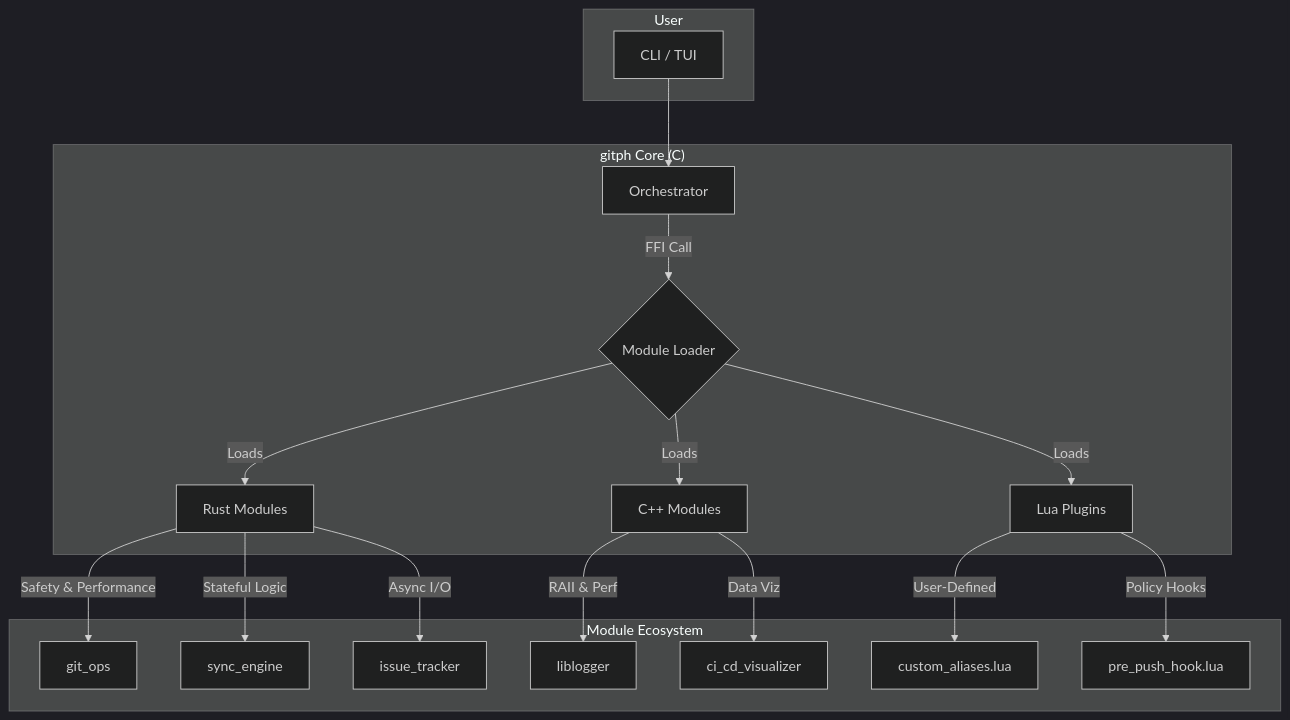
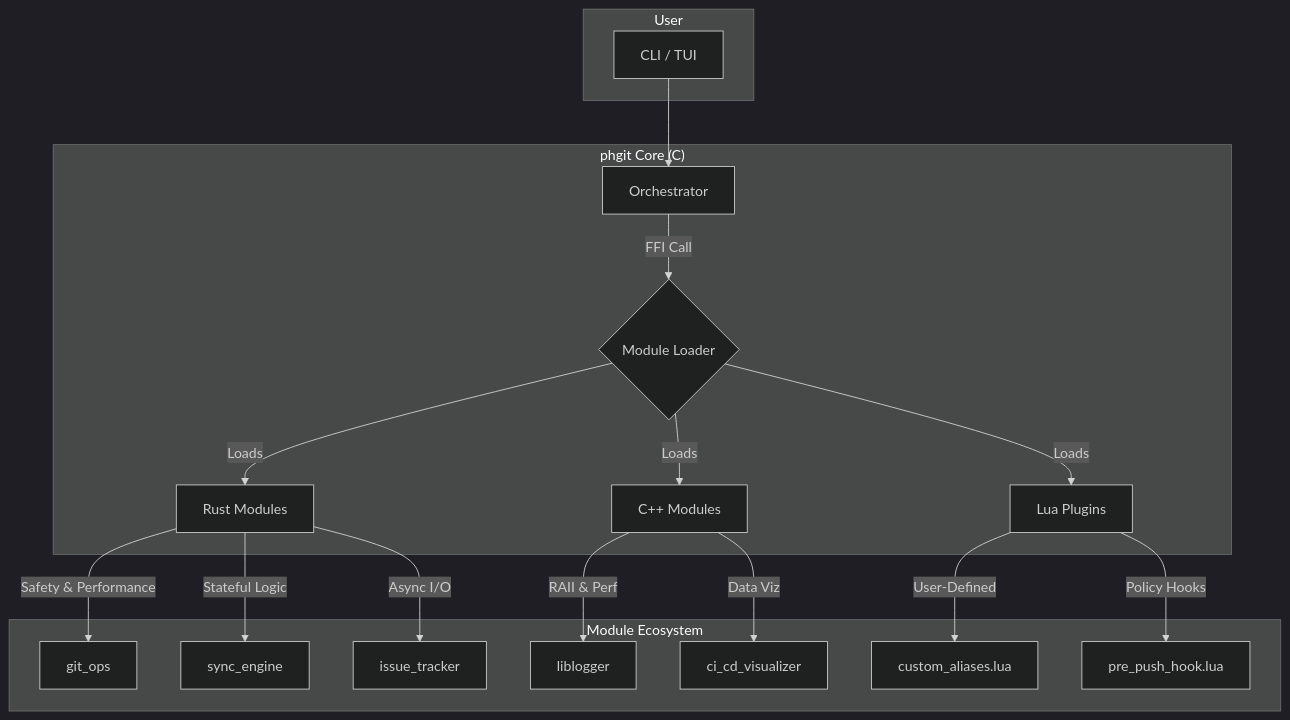
One commit to phkaiser13/PeitchGIT changed the diagram in README.md. Above: the diagram before and after it, drawn with Mermaid (dark theme). The commit also changed other lines of this file and 62 other files, not shown here.

````diff
--- a/README.md
+++ b/README.md
@@ -69,26 +69,26 @@
 ```mermaid
 graph TD
     subgraph User
         A[CLI / TUI]
     end
 
-    subgraph "gitph Core (C)"
+    subgraph "phgit Core (C)"
         B[Orchestrator]
         B -- FFI Call --> C{Module Loader}
         C -- Loads --> D[Rust Modules]
         C -- Loads --> E[C++ Modules]
         C -- Loads --> F[Lua Plugins]
     end
 
     subgraph "Module Ecosystem"
         D -- "Safety & Performance" --> D1[git_ops]
         D -- "Stateful Logic" --> D2[sync_engine]
         D -- "Async I/O" --> D3[issue_tracker]
         E -- "RAII & Perf" --> E1[liblogger]
         E -- "Data Viz" --> E2[ci_cd_visualizer]
         F -- "User-Defined" --> F1[custom_aliases.lua]
         F -- "Policy Hooks" --> F2[pre_push_hook.lua]
     end
 
     A --> B
 ```
````
